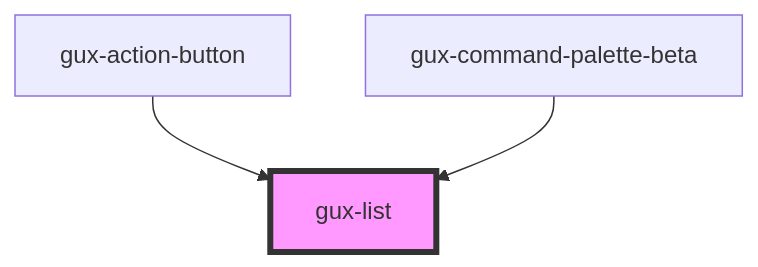
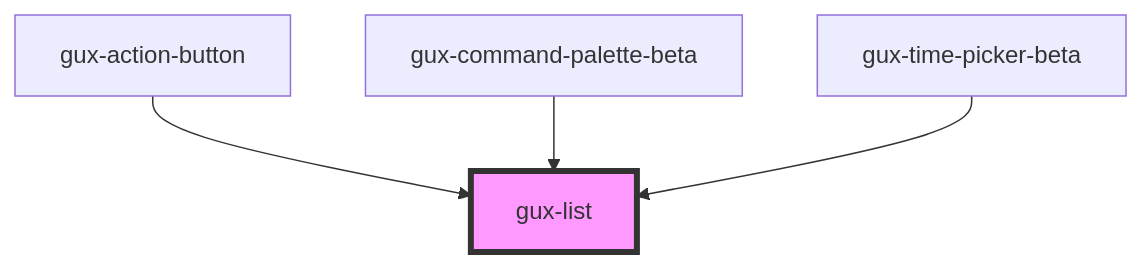
Before and after one commit to MyPureCloud/genesys-spark: the diagram in src/components/stable/gux-list/readme.md, drawn with Mermaid. The commit also changed other lines of this file and 95 other files, not shown here.

````diff
--- a/src/components/stable/gux-list/readme.md
+++ b/src/components/stable/gux-list/readme.md
@@ -80,6 +96,7 @@
 ```mermaid
 graph TD;
   gux-action-button --> gux-list
   gux-command-palette-beta --> gux-list
+  gux-time-picker-beta --> gux-list
   style gux-list fill:#f9f,stroke:#333,stroke-width:4px
 ```
````
